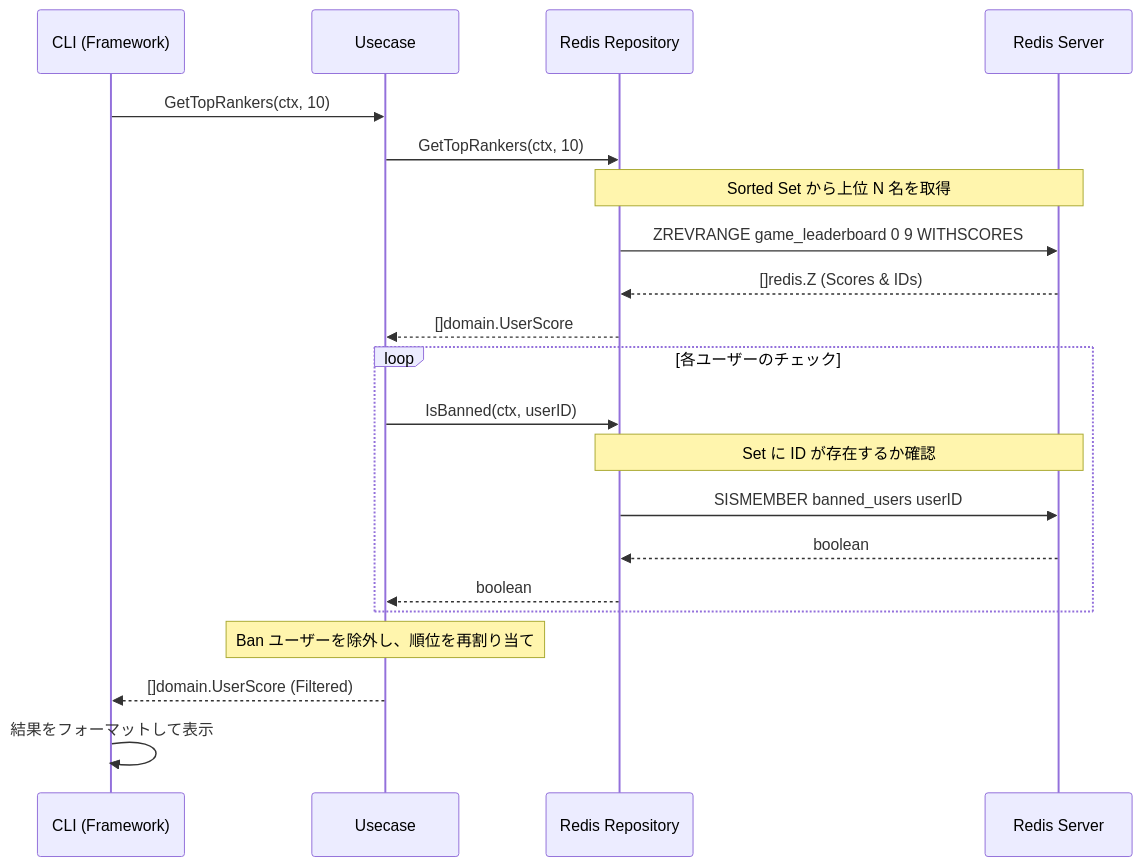
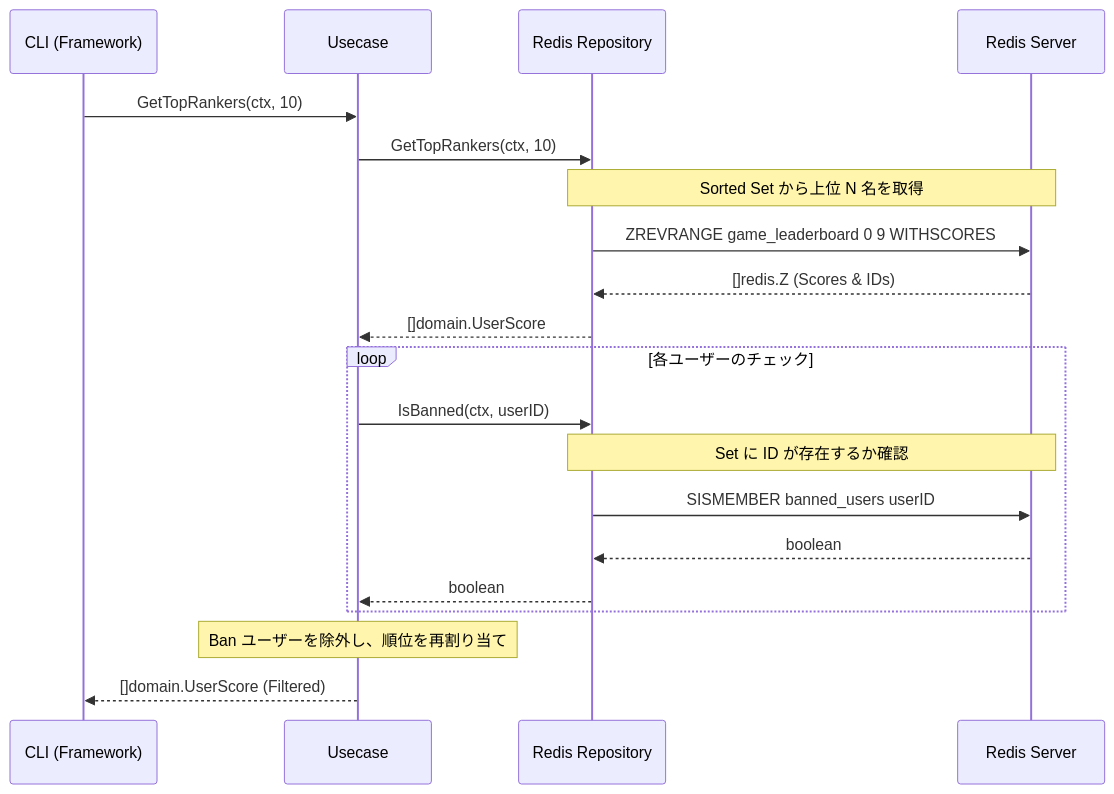
Before and after one commit to sokoide/workshop: the diagram in infra/cache_ja.md, drawn with Mermaid. The commit also changed other lines of this file and 27 other files, not shown here.

````diff
--- a/infra/cache_ja.md
+++ b/infra/cache_ja.md
@@ -69,26 +9,25 @@
 ```mermaid
 sequenceDiagram
     participant CLI as CLI (Framework)
     participant UC as Usecase
     participant Repo as Redis Repository
     participant Redis as Redis Server
 
     CLI->>UC: GetTopRankers(ctx, 10)
     UC->>Repo: GetTopRankers(ctx, 10)
     Note over Repo, Redis: Sorted Set から上位 N 名を取得
     Repo->>Redis: ZREVRANGE game_leaderboard 0 9 WITHSCORES
     Redis-->>Repo: []redis.Z (Scores & IDs)
     Repo-->>UC: []domain.UserScore
 
     loop 各ユーザーのチェック
         UC->>Repo: IsBanned(ctx, userID)
         Note over Repo, Redis: Set に ID が存在するか確認
         Repo->>Redis: SISMEMBER banned_users userID
         Redis-->>Repo: boolean
         Repo-->>UC: boolean
     end
 
     Note over UC: Ban ユーザーを除外し、順位を再割り当て
     UC-->>CLI: []domain.UserScore (Filtered)
-    CLI->>CLI: 結果をフォーマットして表示
 ```
````
